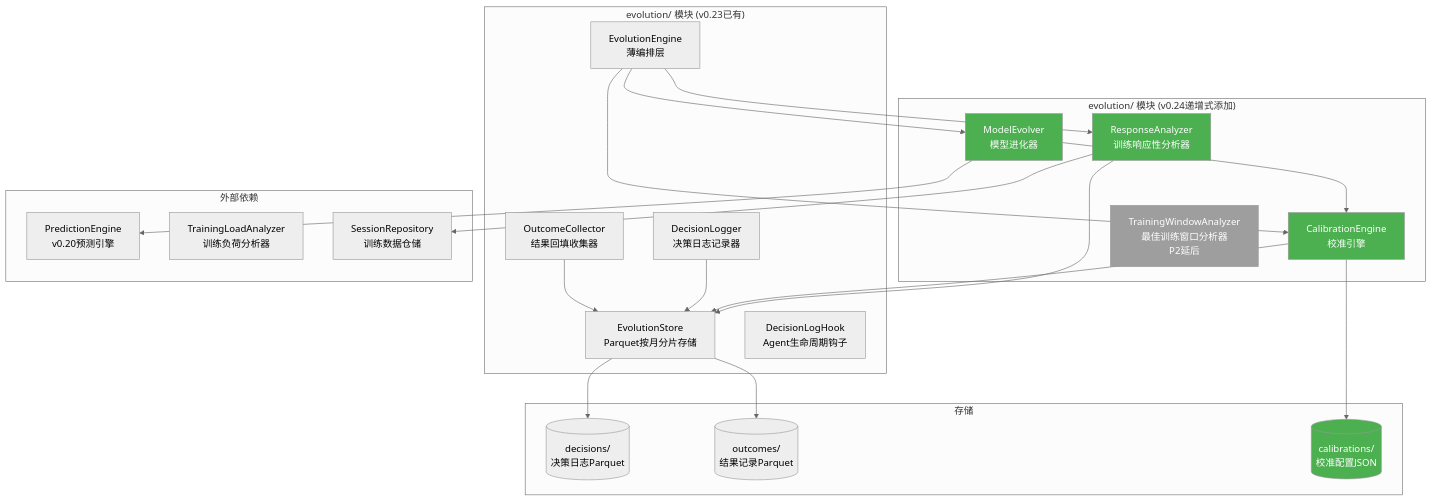
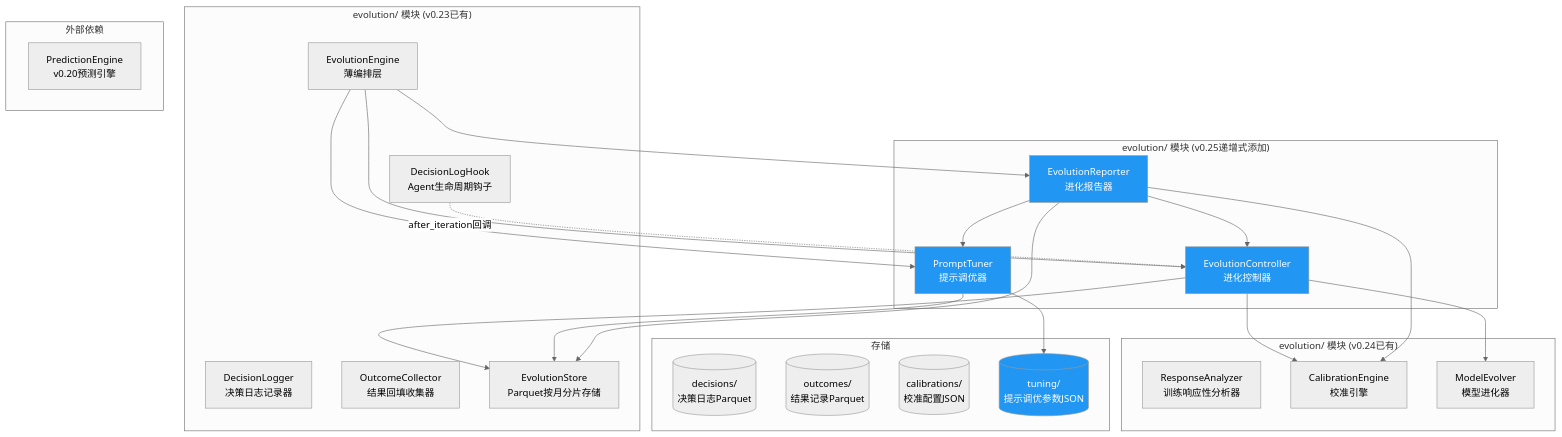
The second of 6 diagrams in docs/architecture/架构设计说明书.md (yecllsl/nanobot-runner), drawn with Mermaid (neutral theme) before and after one commit. The commit also changed other lines of this file and 3 other files, not shown here.

First line of the commit message:
docs: add v0.25.0 architecture review and task list documents

````diff
--- a/docs/architecture/架构设计说明书.md
+++ b/docs/architecture/架构设计说明书.md
@@ -431,49 +394,52 @@
 ```mermaid
 graph TB
-    subgraph "evolution/ 模块 (v0.24递增式添加)"
+    subgraph "evolution/ 模块 (v0.25递增式添加)"
+        EC[EvolutionController<br/>进化控制器]
+        PT[PromptTuner<br/>提示调优器]
+        ER[EvolutionReporter<br/>进化报告器]
+    end
+
+    subgraph "evolution/ 模块 (v0.24已有)"
         RA[ResponseAnalyzer<br/>训练响应性分析器]
         CE[CalibrationEngine<br/>校准引擎]
         ME[ModelEvolver<br/>模型进化器]
-        TWA[TrainingWindowAnalyzer<br/>最佳训练窗口分析器<br/>P2延后]
     end
 
     subgraph "evolution/ 模块 (v0.23已有)"
         DL[DecisionLogger<br/>决策日志记录器]
         OC[OutcomeCollector<br/>结果回填收集器]
         ES[EvolutionStore<br/>Parquet按月分片存储]
         EE[EvolutionEngine<br/>薄编排层]
         DLH[DecisionLogHook<br/>Agent生命周期钩子]
     end
 
     subgraph "外部依赖"
         PE[PredictionEngine<br/>v0.20预测引擎]
-        TLA[TrainingLoadAnalyzer<br/>训练负荷分析器]
-        SR[SessionRepository<br/>训练数据仓储]
     end
 
     subgraph "存储"
         DEC[(decisions/<br/>决策日志Parquet)]
         OUT[(outcomes/<br/>结果记录Parquet)]
         CAL[(calibrations/<br/>校准配置JSON)]
+        TUN[(tuning/<br/>提示调优参数JSON)]
     end
 
-    EE --> RA
-    EE --> CE
-    EE --> ME
-    RA --> ES
-    RA --> SR
-    CE --> ES
-    CE --> CAL
-    ME --> CE
-    ME --> PE
-    DL --> ES
-    OC --> ES
-    ES --> DEC
-    ES --> OUT
+    EE --> EC
+    EE --> PT
+    EE --> ER
+    EC --> CE
+    EC --> ME
+    EC --> ES
+    PT --> ES
+    PT --> TUN
+    ER --> EC
+    ER --> PT
+    ER --> CE
+    ER --> ES
+    DLH -.->|after_iteration回调| EC
 
-    style RA fill:#4CAF50,color:#fff
-    style CE fill:#4CAF50,color:#fff
-    style ME fill:#4CAF50,color:#fff
-    style TWA fill:#9E9E9E,color:#fff
-    style CAL fill:#4CAF50,color:#fff
+    style EC fill:#2196F3,color:#fff
+    style PT fill:#2196F3,color:#fff
+    style ER fill:#2196F3,color:#fff
+    style TUN fill:#2196F3,color:#fff
 ```
````
